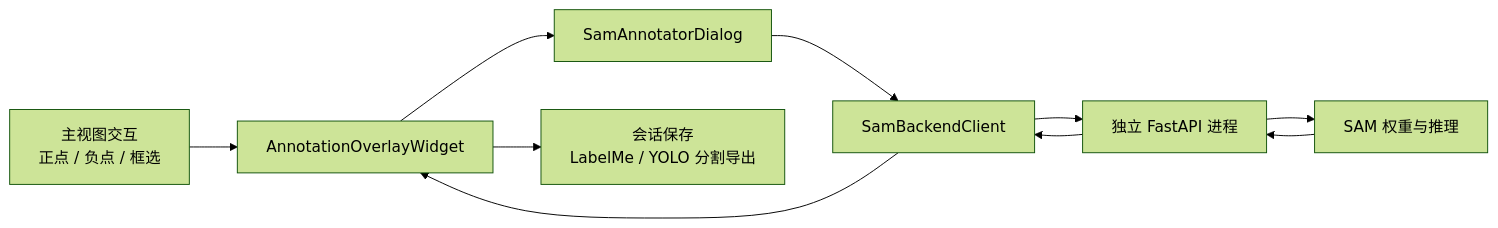
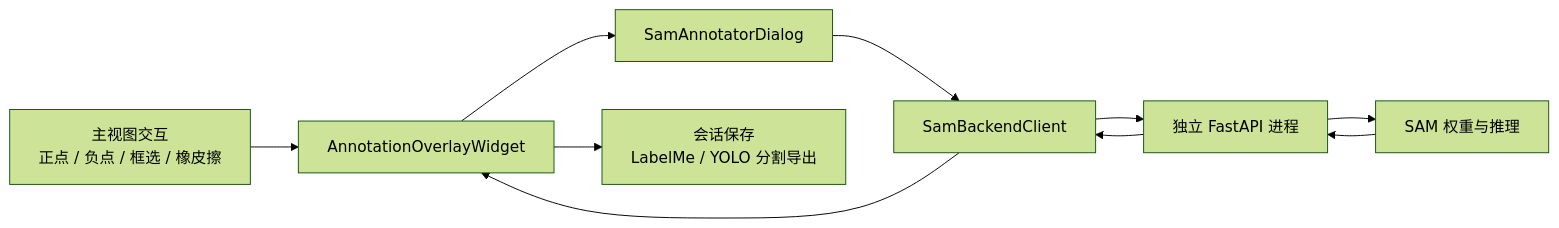
Before and after one commit to Bitfultea/DeepLux: the fourth of 4 diagrams in docs/architecture.md, drawn with Mermaid (forest theme). The commit also changed other lines of this file and 12 other files, not shown here.

````diff
--- a/docs/architecture.md
+++ b/docs/architecture.md
@@ -146,12 +146,12 @@
 ```mermaid
 flowchart LR
-    User[主视图交互<br/>正点 / 负点 / 框选] --> Overlay[AnnotationOverlayWidget]
+    User[主视图交互<br/>正点 / 负点 / 框选 / 橡皮擦] --> Overlay[AnnotationOverlayWidget]
     Overlay --> Dialog[SamAnnotatorDialog]
     Dialog --> Client[SamBackendClient]
     Client --> Server[独立 FastAPI 进程]
     Server --> Model[SAM 权重与推理]
     Model --> Server
     Server --> Client
     Client --> Overlay
     Overlay --> Export[会话保存<br/>LabelMe / YOLO 分割导出]
 ```
````
